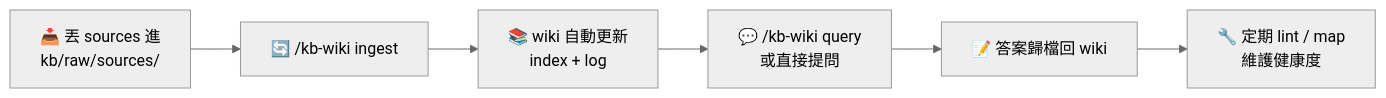
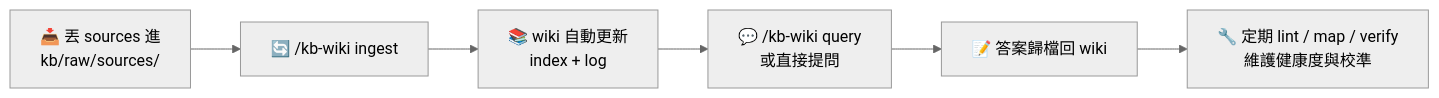
Before and after one commit to RayChang/agent-skills: the diagram in README.md, drawn with Mermaid (neutral theme). The commit also changed other lines of this file and 1 other file, not shown here.

First line of the commit message:
📝 docs(readme): document kb-wiki verify operation (#2)

````diff
--- a/README.md
+++ b/README.md
@@ -114,8 +117,8 @@
 ```mermaid
 flowchart LR
     A[📥 丟 sources 進<br/>kb/raw/sources/] --> B[🔄 /kb-wiki ingest]
     B --> C[📚 wiki 自動更新<br/>index + log]
     C --> D[💬 /kb-wiki query<br/>或直接提問]
     D --> E[📝 答案歸檔回 wiki]
-    E --> F[🔧 定期 lint / map<br/>維護健康度]
+    E --> F[🔧 定期 lint / map / verify<br/>維護健康度與校準]
 ```
````
